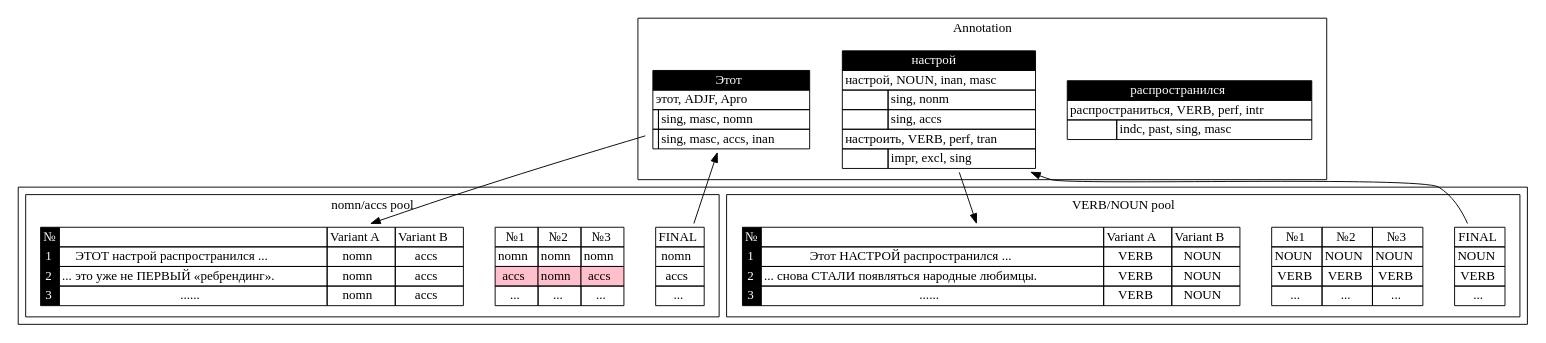
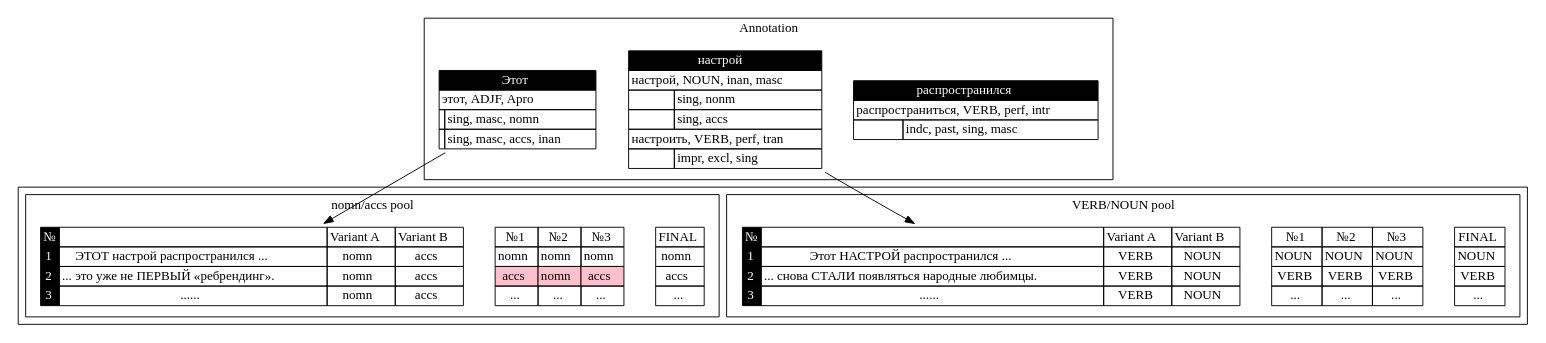
Before and after one commit to OpenCorpora/opencorpora: the diagram in doc/presentations/img/annotation-lifecycle.dot, drawn with Graphviz.

Commit message:
better image?

```diff
--- a/doc/presentations/img/annotation-lifecycle.dot
+++ b/doc/presentations/img/annotation-lifecycle.dot
@@ -1,160 +1,160 @@
 digraph G {
 
 subgraph cluster_1 {
   label = "Annotation";
 
   subgraph C1 {
   rank = same;
   //rankdir="LR";
   edge [style="invis"];
  
   W1 [shape=none, label=<
   <table border="0" cellborder="1" cellspacing="0">
     <tr><td colspan="2" bgcolor="black"><font color="white">Этот</font></td></tr>
     <tr><td colspan="2" align="left">этот, ADJF, Apro</td></tr>
     <tr><td></td><td align="left">sing, masc, nomn</td></tr>
     <tr><td></td><td align="left">sing, masc, accs, inan</td></tr>
   </table>>];
 
   W2 [shape=none, label=<
   <table border="0" cellborder="1" cellspacing="0">
     <tr><td colspan="2" bgcolor="black"><font color="white">настрой</font></td></tr>
     <tr><td colspan="2" align="left">настрой, NOUN, inan, masc</td></tr>
     <tr><td></td><td align="left">sing, nonm</td></tr>
     <tr><td></td><td align="left">sing, accs</td></tr>
     <tr><td colspan="2" align="left">настроить, VERB, perf, tran</td></tr>
     <tr><td></td><td align="left">impr, excl, sing</td></tr>
   </table>>];
 
   W3 [shape=none, label=<
   <table border="0" cellborder="1" cellspacing="0">
     <tr><td colspan="2" bgcolor="black"><font color="white">распространился</font></td></tr>
     <tr><td colspan="2" align="left">распространиться, VERB, perf, intr</td></tr>
     <tr><td></td><td align="left">indc, past, sing, masc</td></tr>
   </table>>];
 
   W1 -> W2 -> W3;
   }
 }
 
 subgraph cluster_4 {
 rankdir="TB";
 
 subgraph cluster_2 {
  label = "nomn/accs pool";
 
  subgraph C2 {
  rank=same;
  edge [style="invis"];
 
  T1 [shape=none, label=<
   <table border="0" cellborder="1" cellspacing="0">
     <tr><td bgcolor="black"><font color="white">№</font></td>
     <td></td>
     <td>Variant A</td><td>Variant B</td></tr>
     <tr><td bgcolor="black"><font color="white">1</font></td>
     <td>ЭТОТ настрой распространился ...</td>
     <td>nomn</td><td>accs</td></tr>
     <tr><td bgcolor="black"><font color="white">2</font></td>
     <td>... это уже не ПЕРВЫЙ «ребрендинг».</td>
     <td>nomn</td><td>accs</td></tr>
     <tr><td bgcolor="black"><font color="white">3</font></td>
     <td>......</td>
     <td>nomn</td><td>accs</td></tr>
   </table>>];  
  
   M1 [shape=none, label=<
   <table border="0" cellborder="1" cellspacing="0">
     <tr>
     <td>№1</td><td>№2</td><td>№3</td></tr>
     <tr><td>nomn</td><td>nomn</td><td>nomn</td></tr>
     <tr><td bgcolor="pink">accs</td><td bgcolor="pink">nomn</td><td bgcolor="pink">accs</td></tr>
     <tr><td>...</td><td>...</td><td>...</td></tr>
   </table>>];  
 
   D1 [shape=none, label=<
   <table border="0" cellborder="1" cellspacing="0">
     <tr><td>FINAL</td></tr>
     <tr><td>nomn</td></tr>
     <tr><td>accs</td></tr>
     <tr><td>...</td></tr>
   </table>>]; 
 
   T1 -> M1 -> D1; 
   }
 } 
 
 
 subgraph cluster_3 {
 
   label = "VERB/NOUN pool";
 
   subgraph C3 {
   rank=same;
   edge [style="invis"];
 
   T2 [shape=none, label=<
   <table border="0" cellborder="1" cellspacing="0">
     <tr><td bgcolor="black"><font color="white">№</font></td>
     <td></td>
     <td>Variant A</td><td>Variant B</td></tr>
     <tr><td bgcolor="black"><font color="white">1</font></td>
     <td>Этот НАСТРОЙ распространился ...</td>
     <td>VERB</td><td>NOUN</td></tr>
     <tr><td bgcolor="black"><font color="white">2</font></td>
     <td>... снова СТАЛИ появляться народные любимцы.</td>
     <td>VERB</td><td>NOUN</td></tr>
     <tr><td bgcolor="black"><font color="white">3</font></td>
     <td>......</td>
     <td>VERB</td><td>NOUN</td></tr>
   </table>>];  
 
   M2 [shape=none, label=<
   <table border="0" cellborder="1" cellspacing="0">
     <tr>
     <td>№1</td><td>№2</td><td>№3</td></tr>
     <tr><td>NOUN</td><td>NOUN</td><td>NOUN</td></tr>
     <tr><td>VERB</td><td>VERB</td><td>VERB</td></tr>
     <tr><td>...</td><td>...</td><td>...</td></tr>
   </table>>];  
 
   D2 [shape=none, label=<
   <table border="0" cellborder="1" cellspacing="0">
     <tr><td>FINAL</td></tr>
     <tr><td>NOUN</td></tr>
     <tr><td>VERB</td></tr>
     <tr><td>...</td></tr>
   </table>>];  
 
   T2 -> M2 -> D2;
   }
 
 }
 }
 
 W1 -> T1;
 W2 -> T2;
 
-D1 -> W1;
-D2 -> W2;
+//D1 -> W1;
+//D2 -> W2;
 
 //T1 -> T2;
 
 /*subgraph {
   edge [style="invis"];*/
 /*  T1 -> T2
   T1 -> M1
   T2 -> M2
   M1 -> D1
   M2 -> D2*/
 //}
 
 /*subgraph {*/
 /*  W1 -> T1
   W2 -> T2
 
   D1 -> W1
   D2 -> W2*/
 //}
 
 } 
```
